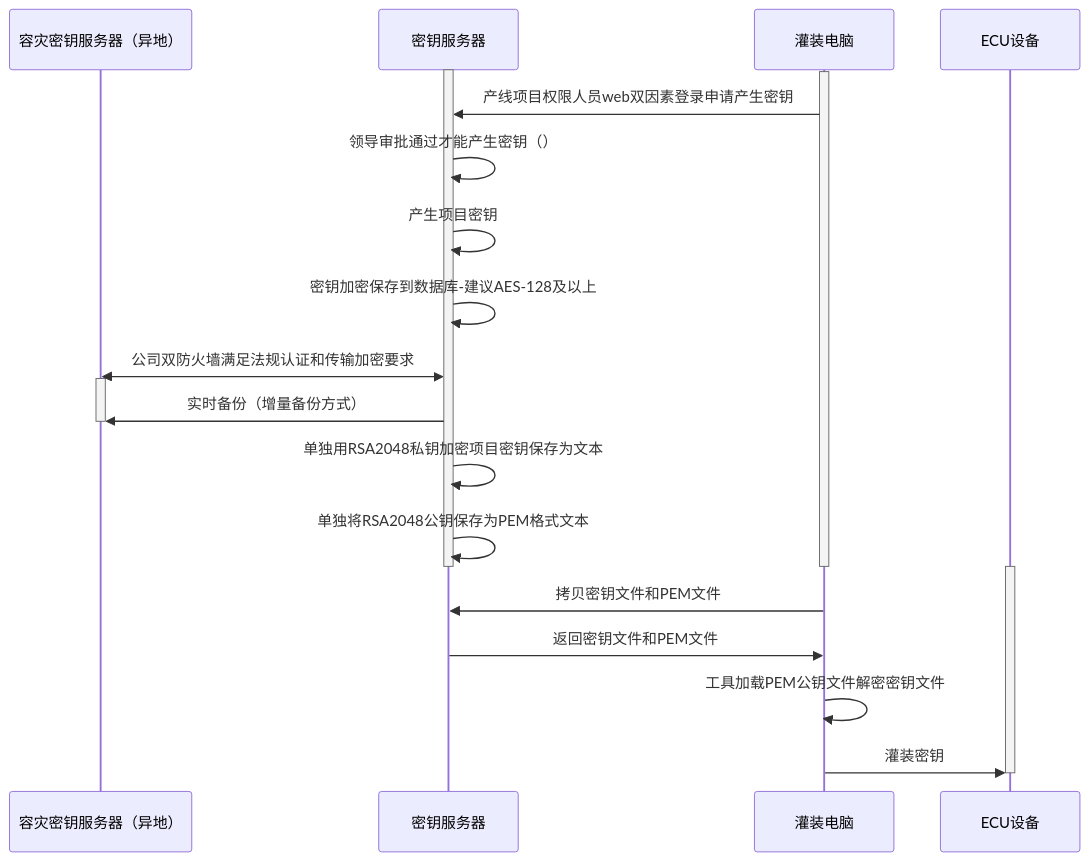
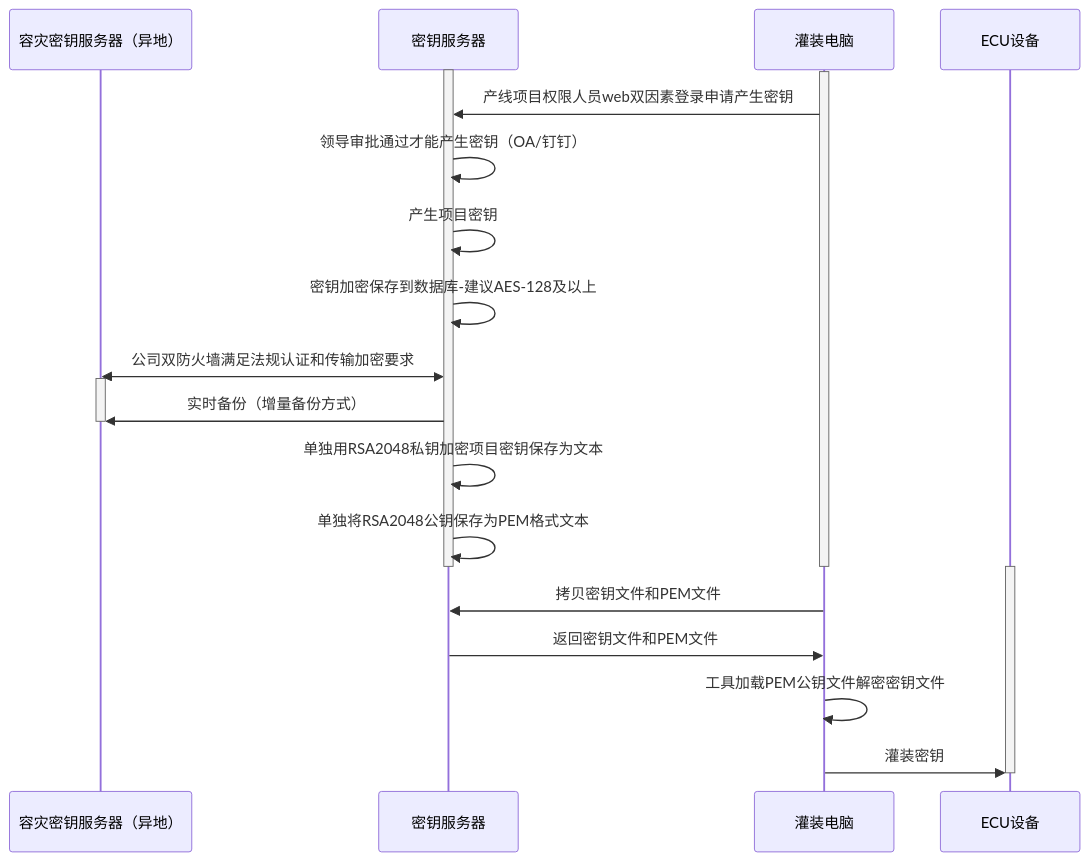
The diagram in all/未命名-15.md (facebook-cloud/iodraw-files), drawn with Mermaid before and after one commit.

Commit message:
2026-02-11 19:28:01 update

````diff
--- a/all/未命名-15.md
+++ b/all/未命名-15.md
@@ -1,31 +1,31 @@
 ```mermaid
 sequenceDiagram
     participant A as 容灾密钥服务器（异地）
     participant B as 密钥服务器
     participant D as 灌装电脑
     participant E as ECU设备
 
     activate B
     activate D
     D->>B: 产线项目权限人员web双因素登录申请产生密钥
-    B->>B: 领导审批通过才能产生密钥（）
+    B->>B: 领导审批通过才能产生密钥（OA/钉钉）
     B->>B: 产生项目密钥
     B->>B: 密钥加密保存到数据库-建议AES-128及以上
     A<<->>B: 公司双防火墙满足法规认证和传输加密要求
 
     activate A
     B->>A: 实时备份（增量备份方式）
     deactivate A
     B->>B: 单独用RSA2048私钥加密项目密钥保存为文本
     B->>B: 单独将RSA2048公钥保存为PEM格式文本
     deactivate B
     deactivate D
 
     activate E
     D->>B: 拷贝密钥文件和PEM文件
     B->>D: 返回密钥文件和PEM文件
     D->>D:工具加载PEM公钥文件解密密钥文件
     D->>E: 灌装密钥
     deactivate E
 
 ```
````
